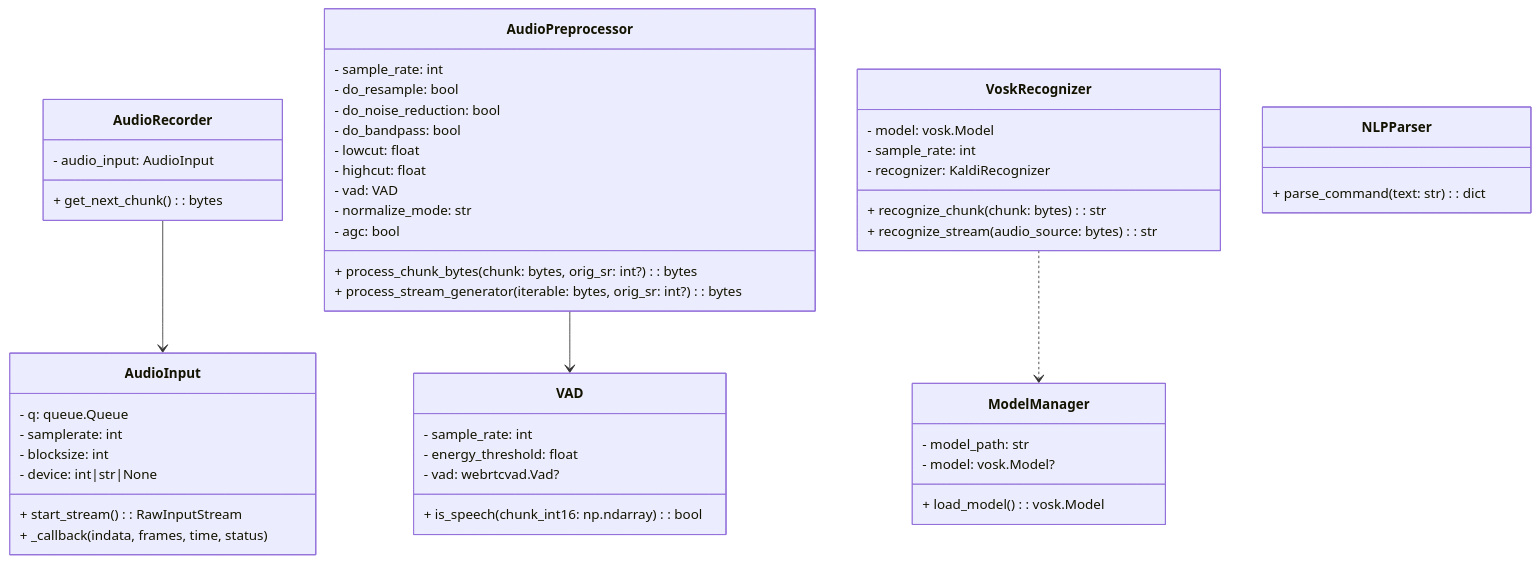
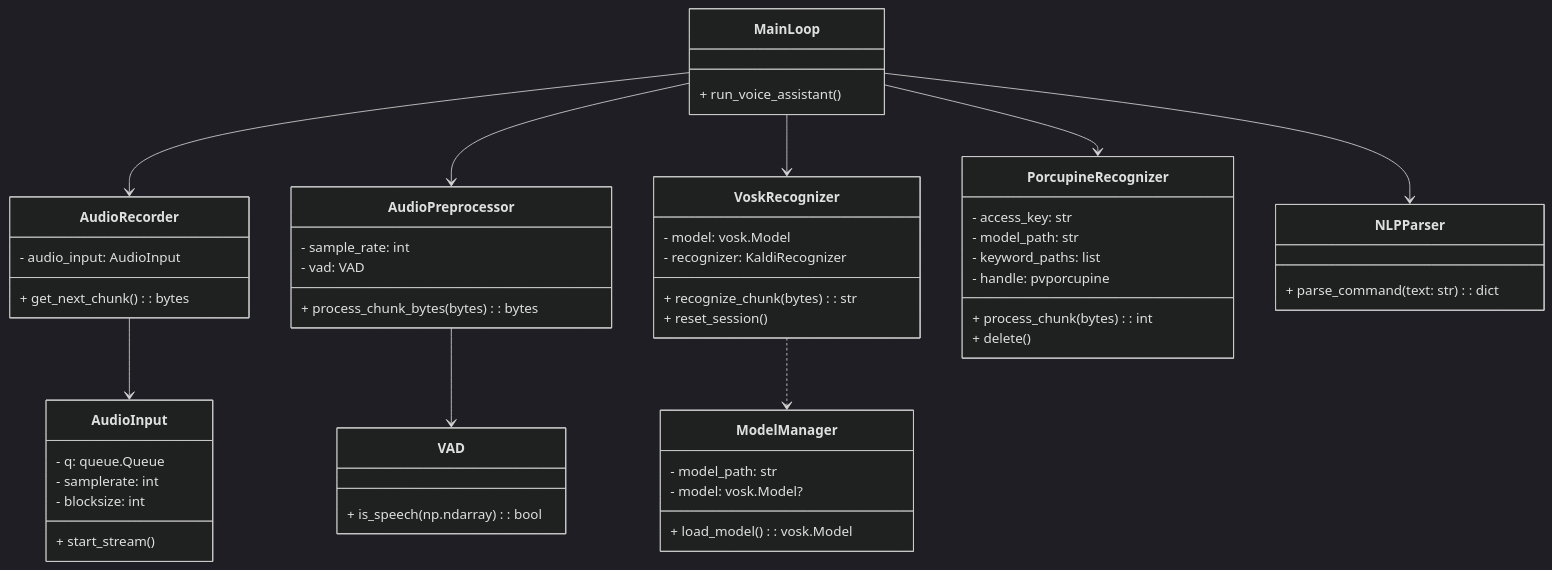
Before and after one commit to Vitormateusromancini/Projeto-Integrador---SISTEMA-EMBARCADO-DE-RECONHECIMENTO-DE-VOZ-OFFLINE: the second of 5 diagrams in README.md, drawn with Mermaid.

Commit message:
Refactor UML class diagram in README.md

````diff
--- a/README.md
+++ b/README.md
@@ -72,59 +72,58 @@
 ```mermaid
+---
+config:
+  theme: dark
+---
 classDiagram
+    class MainLoop {
+        + run_voice_assistant()
+    }
     class AudioInput {
       - q: queue.Queue
       - samplerate: int
       - blocksize: int
-      - device: int|str|None
-      + start_stream(): RawInputStream
-      + _callback(indata, frames, time, status)
+      + start_stream()
     }
-
     class AudioRecorder {
       - audio_input: AudioInput
       + get_next_chunk(): bytes
     }
-
     class AudioPreprocessor {
       - sample_rate: int
-      - do_resample: bool
-      - do_noise_reduction: bool
-      - do_bandpass: bool
-      - lowcut: float
-      - highcut: float
       - vad: VAD
-      - normalize_mode: str
-      - agc: bool
-      + process_chunk_bytes(chunk: bytes, orig_sr: int?): bytes
-      + process_stream_generator(iterable: bytes, orig_sr: int?): bytes
+      + process_chunk_bytes(bytes): bytes
     }
-
     class VAD {
-      - sample_rate: int
-      - energy_threshold: float
-      - vad: webrtcvad.Vad?
-      + is_speech(chunk_int16: np.ndarray): bool
+      + is_speech(np.ndarray): bool
     }
-
     class ModelManager {
       - model_path: str
       - model: vosk.Model?
       + load_model(): vosk.Model
     }
-
     class VoskRecognizer {
       - model: vosk.Model
-      - sample_rate: int
       - recognizer: KaldiRecognizer
-      + recognize_chunk(chunk: bytes): str
-      + recognize_stream(audio_source: bytes): str
+      + recognize_chunk(bytes): str
+      + reset_session()
     }
-
+    class PorcupineRecognizer {
+      - access_key: str
+      - model_path: str
+      - keyword_paths: list
+      - handle: pvporcupine
+      + process_chunk(bytes): int
+      + delete()
+    }
     class NLPParser {
       + parse_command(text: str): dict
     }
-
+    MainLoop --> AudioRecorder
+    MainLoop --> AudioPreprocessor
+    MainLoop --> PorcupineRecognizer
+    MainLoop --> VoskRecognizer
+    MainLoop --> NLPParser
     AudioRecorder --> AudioInput
     AudioPreprocessor --> VAD
     VoskRecognizer ..> ModelManager
 ```
````
